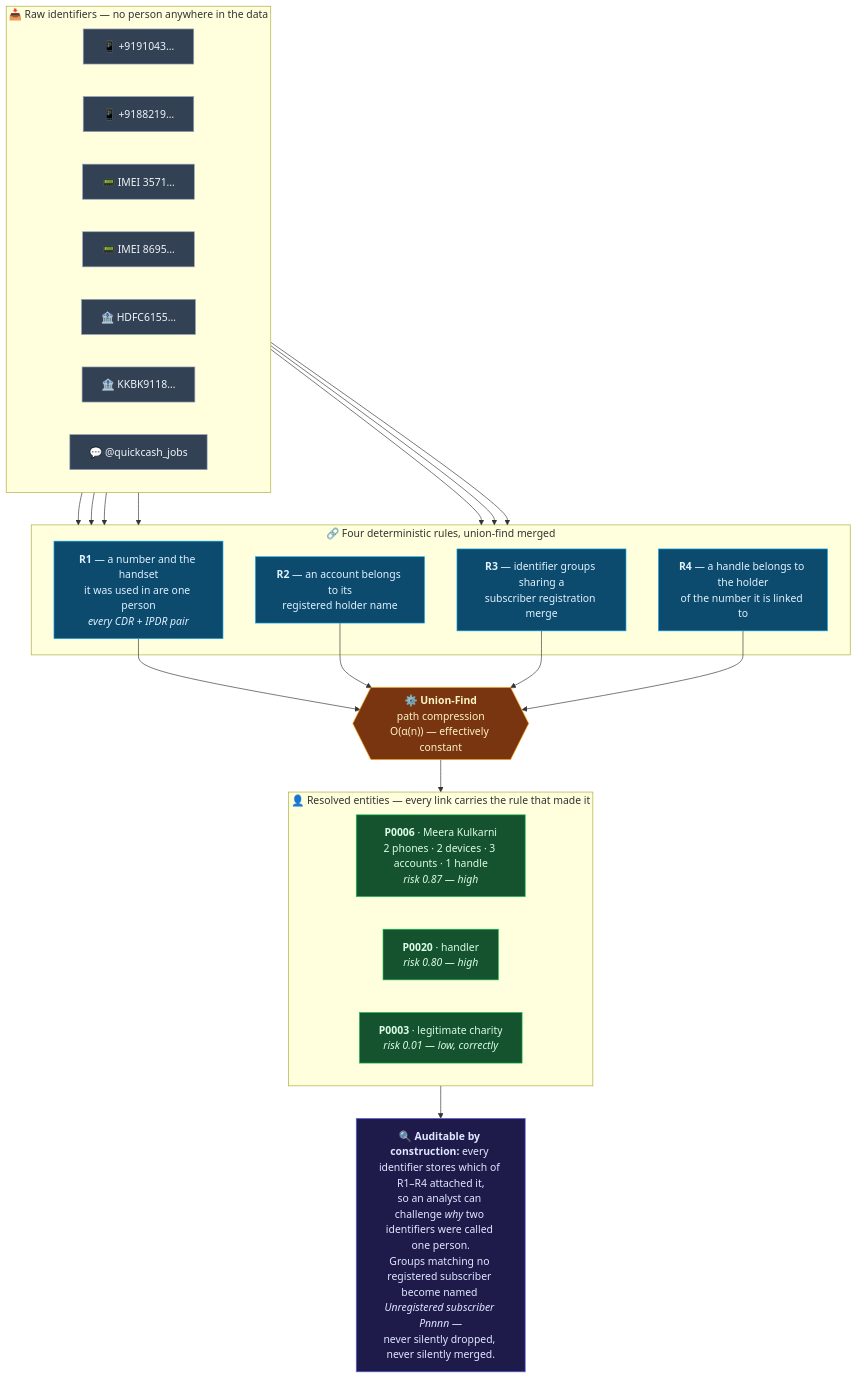
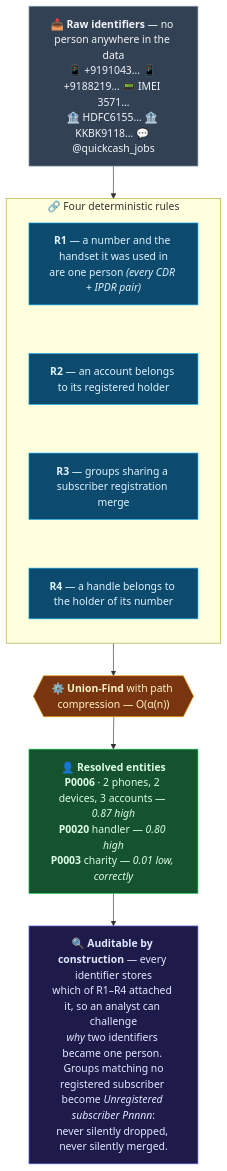
One commit to rakeshselvaraj0108/TLN changed the sixth of 15 diagrams in README.md. Above: the diagram before and after it, drawn with Mermaid. The commit also changed other lines of this file, not shown here.

First line of the commit message:
Rebuild the README diagrams to be readable at GitHub's column width

````diff
--- a/README.md
+++ b/README.md
@@ -341,45 +292,32 @@
 ```mermaid
 flowchart TB
-    subgraph RAW["📥 Raw identifiers — no person anywhere in the data"]
-        direction LR
-        P1["📱 +9191043…"]
-        P2["📱 +9188219…"]
-        D1["📟 IMEI 3571…"]
-        D2["📟 IMEI 8695…"]
-        A1["🏦 HDFC6155…"]
-        A2["🏦 KKBK9118…"]
-        H1["💬 @quickcash_jobs"]
+    RAW["📥 <b>Raw identifiers</b> — no person anywhere in the data<br/>📱 +9191043… 📱 +9188219… 📟 IMEI 3571…<br/>🏦 HDFC6155… 🏦 KKBK9118… 💬 @quickcash_jobs"]
+
+    subgraph RULES["🔗 Four deterministic rules"]
+        direction TB
+        R1["<b>R1</b> — a number and the handset it was used in<br/>are one person <i>(every CDR + IPDR pair)</i>"]
+        R2["<b>R2</b> — an account belongs to its registered holder"]
+        R3["<b>R3</b> — groups sharing a subscriber registration merge"]
+        R4["<b>R4</b> — a handle belongs to the holder of its number"]
+        R1 ~~~ R2 ~~~ R3 ~~~ R4
     end
 
-    subgraph RULES["🔗 Four deterministic rules, union-find merged"]
-        R1["<b>R1</b> — a number and the handset<br/>it was used in are one person<br/><i>every CDR + IPDR pair</i>"]
-        R2["<b>R2</b> — an account belongs to its<br/>registered holder name"]
-        R3["<b>R3</b> — identifier groups sharing a<br/>subscriber registration merge"]
-        R4["<b>R4</b> — a handle belongs to the holder<br/>of the number it is linked to"]
-    end
+    UF{{"⚙️ <b>Union-Find</b> with path compression — O(α(n))"}}
 
-    UF{{"⚙️ <b>Union-Find</b><br/>path compression<br/>O(α(n)) — effectively constant"}}
+    OUT["👤 <b>Resolved entities</b><br/><b>P0006</b> · 2 phones, 2 devices, 3 accounts — <i>0.87 high</i><br/><b>P0020</b> handler — <i>0.80 high</i><br/><b>P0003</b> charity — <i>0.01 low, correctly</i>"]
 
-    subgraph OUT["👤 Resolved entities — every link carries the rule that made it"]
-        E1["<b>P0006</b> · Meera Kulkarni<br/>2 phones · 2 devices · 3 accounts · 1 handle<br/><i>risk 0.87 — high</i>"]
-        E2["<b>P0020</b> · handler<br/><i>risk 0.80 — high</i>"]
-        E3["<b>P0003</b> · legitimate charity<br/><i>risk 0.01 — low, correctly</i>"]
-    end
+    NOTE["🔍 <b>Auditable by construction</b> — every identifier stores<br/>which of R1–R4 attached it, so an analyst can challenge<br/><i>why</i> two identifiers became one person. Groups matching no<br/>registered subscriber become <i>Unregistered subscriber Pnnnn</i>:<br/>never silently dropped, never silently merged."]
 
-    P1 & P2 & D1 & D2 & A1 & A2 & H1 --> RULES
-    R1 & R2 & R3 & R4 --> UF --> OUT
-
-    NOTE["🔍 <b>Auditable by construction:</b> every identifier stores which of R1–R4 attached it,<br/>so an analyst can challenge <i>why</i> two identifiers were called one person.<br/>Groups matching no registered subscriber become named <i>Unregistered subscriber Pnnnn</i> —<br/>never silently dropped, never silently merged."]
-    OUT --> NOTE
+    RAW --> RULES --> UF --> OUT --> NOTE
 
     classDef raw fill:#334155,stroke:#94a3b8,color:#f1f5f9
     classDef rule fill:#0c4a6e,stroke:#0ea5e9,color:#e0f2fe
     classDef uf fill:#78350f,stroke:#f59e0b,color:#fef3c7
     classDef ent fill:#14532d,stroke:#22c55e,color:#dcfce7
     classDef note fill:#1e1b4b,stroke:#6366f1,color:#e0e7ff
-    class P1,P2,D1,D2,A1,A2,H1 raw
+    class RAW raw
     class R1,R2,R3,R4 rule
     class UF uf
-    class E1,E2,E3 ent
+    class OUT ent
     class NOTE note
 ```
````
